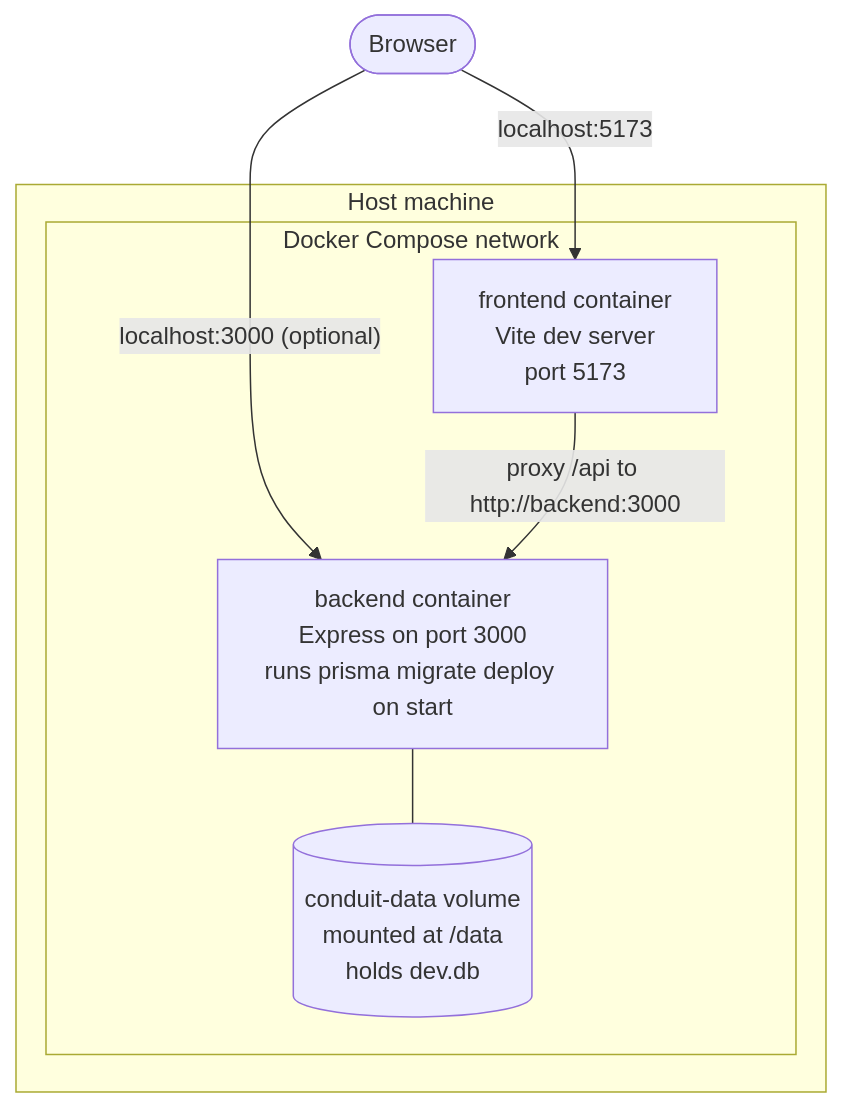
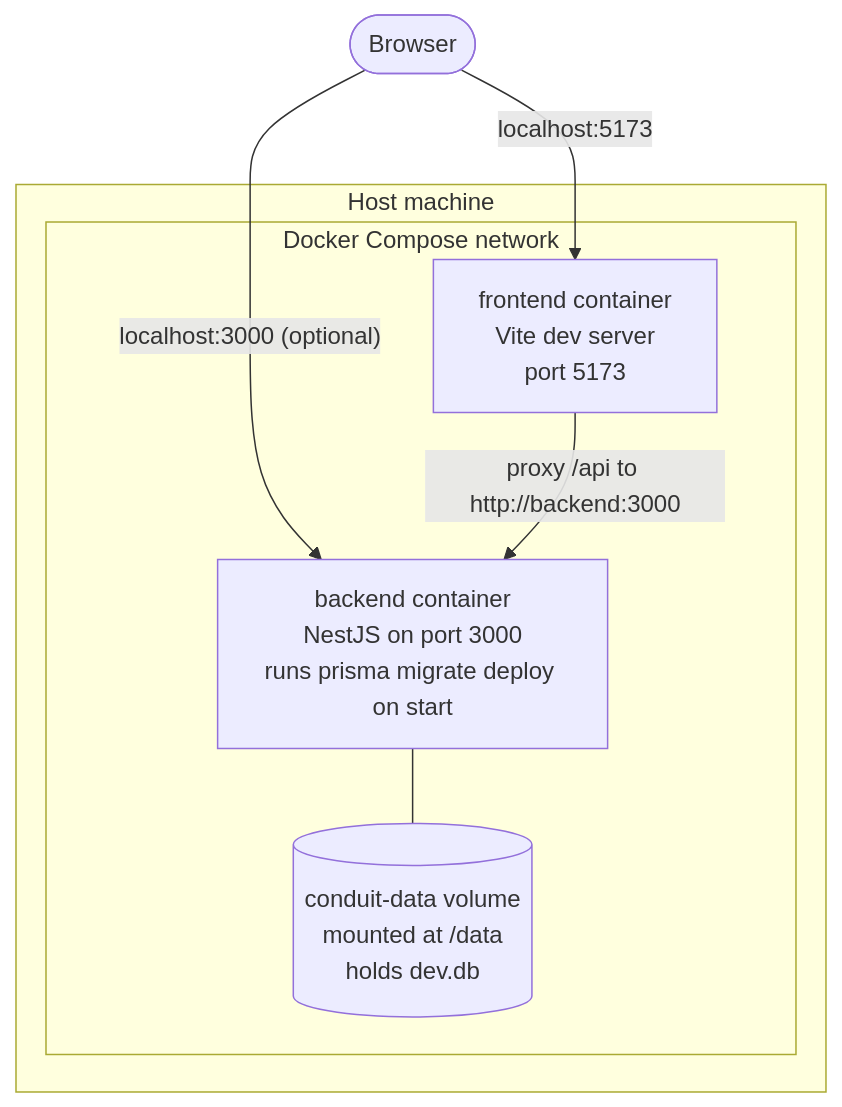
Before and after one commit to damnenby/conduit-project: the fifth of 5 diagrams in docs/architecture.md, drawn with Mermaid. The commit also changed other lines of this file and 48 other files, not shown here.

First line of the commit message:
Migrate backend from Express to NestJS

````diff
--- a/docs/architecture.md
+++ b/docs/architecture.md
@@ -191,15 +200,15 @@
 ```mermaid
 flowchart TB
     subgraph host["Host machine"]
         subgraph compose["Docker Compose network"]
             fe["frontend container<br/>Vite dev server<br/>port 5173"]
-            be["backend container<br/>Express on port 3000<br/>runs prisma migrate deploy on start"]
+            be["backend container<br/>NestJS on port 3000<br/>runs prisma migrate deploy on start"]
             vol[("conduit-data volume<br/>mounted at /data<br/>holds dev.db")]
         end
     end
 
     browser(["Browser"]) -->|"localhost:5173"| fe
     browser -->|"localhost:3000 (optional)"| be
     fe -->|"proxy /api to http://backend:3000"| be
     be --- vol
 ```
````
